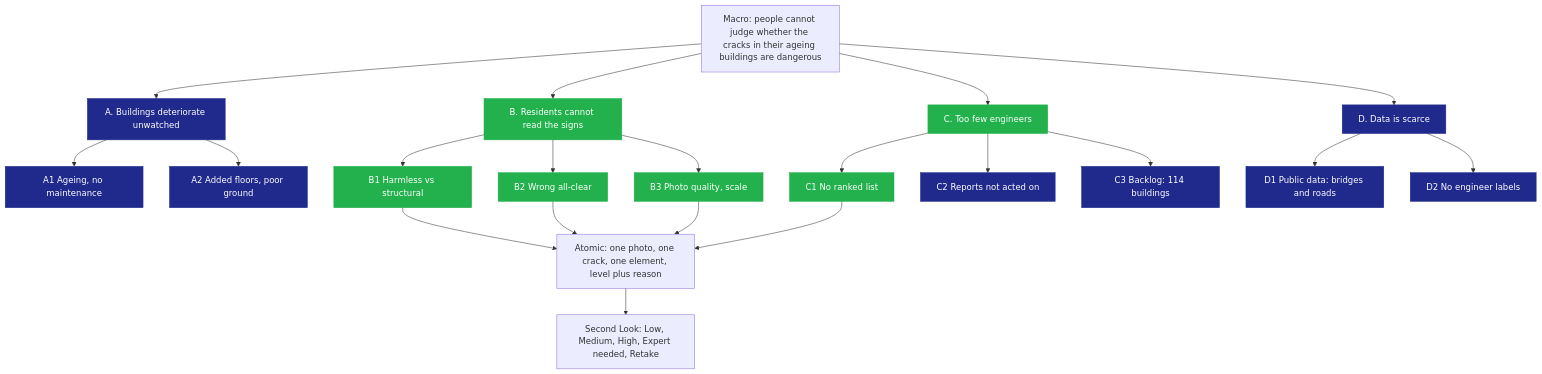
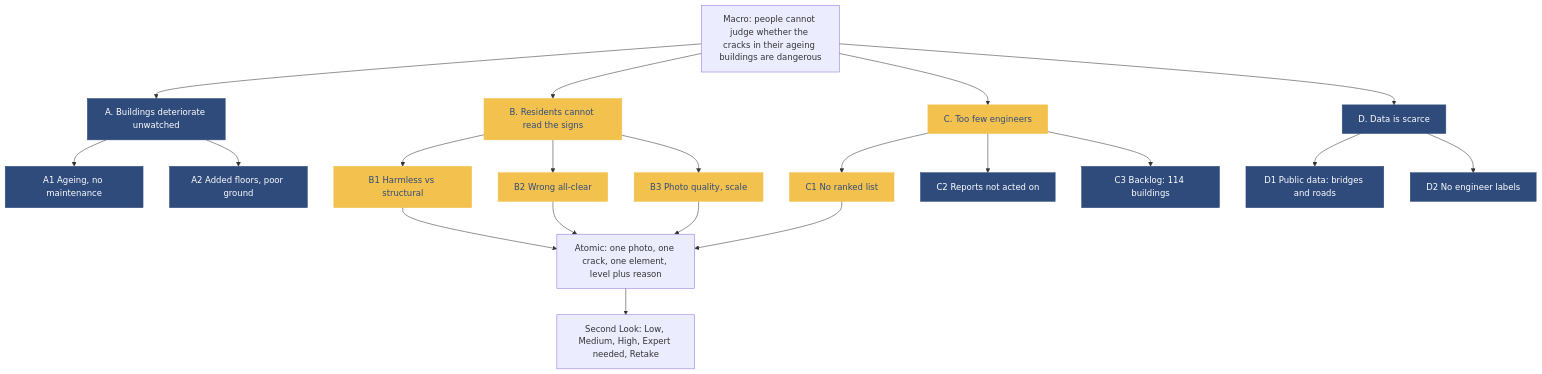
Before and after one commit to iaac-maai/operable_futures_research_studio_2026_Team_Jerome_Luis: the diagram in docs/segmentation_tree.md, drawn with Mermaid. The commit also changed other lines of this file and 4 other files, not shown here.

Commit message:
Segmentation tree: flowchart style with yellow path and navy context

````diff
--- a/docs/segmentation_tree.md
+++ b/docs/segmentation_tree.md
@@ -40,27 +40,27 @@
 ```mermaid
 graph TD
   M["Macro: people cannot judge whether the cracks in their ageing buildings are dangerous"]
   M --> A["A. Buildings deteriorate unwatched"]
   M --> B["B. Residents cannot read the signs"]
   M --> C["C. Too few engineers"]
   M --> D["D. Data is scarce"]
   A --> A1["A1 Ageing, no maintenance"]
   A --> A2["A2 Added floors, poor ground"]
   B --> B1["B1 Harmless vs structural"]
   B --> B2["B2 Wrong all-clear"]
   B --> B3["B3 Photo quality, scale"]
   C --> C1["C1 No ranked list"]
   C --> C2["C2 Reports not acted on"]
   C --> C3["C3 Backlog: 114 buildings"]
   D --> D1["D1 Public data: bridges and roads"]
   D --> D2["D2 No engineer labels"]
   B1 --> AT["Atomic: one photo, one crack, one element, level plus reason"]
   B2 --> AT
   B3 --> AT
   C1 --> AT
   AT --> R["Second Look: Low, Medium, High, Expert needed, Retake"]
-  classDef path fill:#22b14c,stroke:#22b14c,color:#fff;
-  classDef context fill:#1f2a8c,stroke:#1f2a8c,color:#fff;
+  classDef path fill:#F2C14E,stroke:#F2C14E,color:#2F4B7C;
+  classDef context fill:#2F4B7C,stroke:#2F4B7C,color:#fff;
   class B,C,B1,B2,B3,C1 path;
   class A,D,A1,A2,C2,C3,D1,D2 context;
 ```
````
